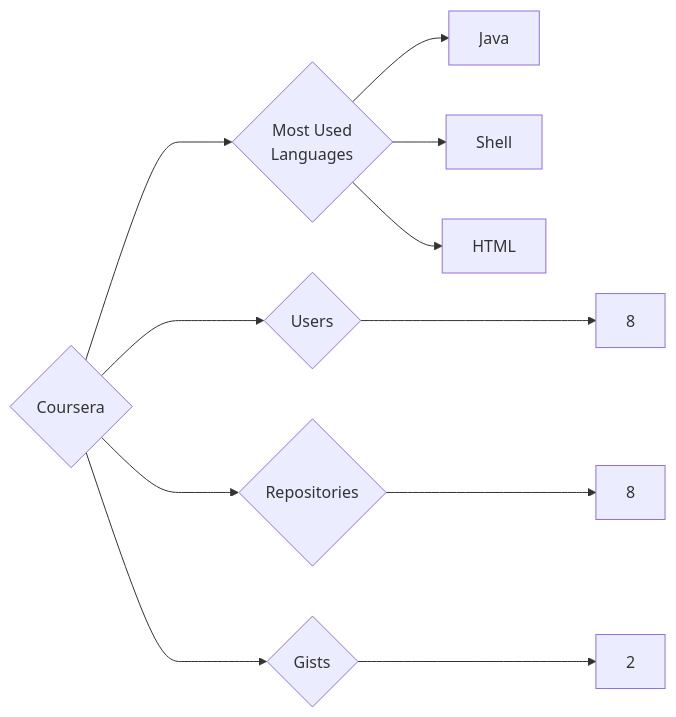
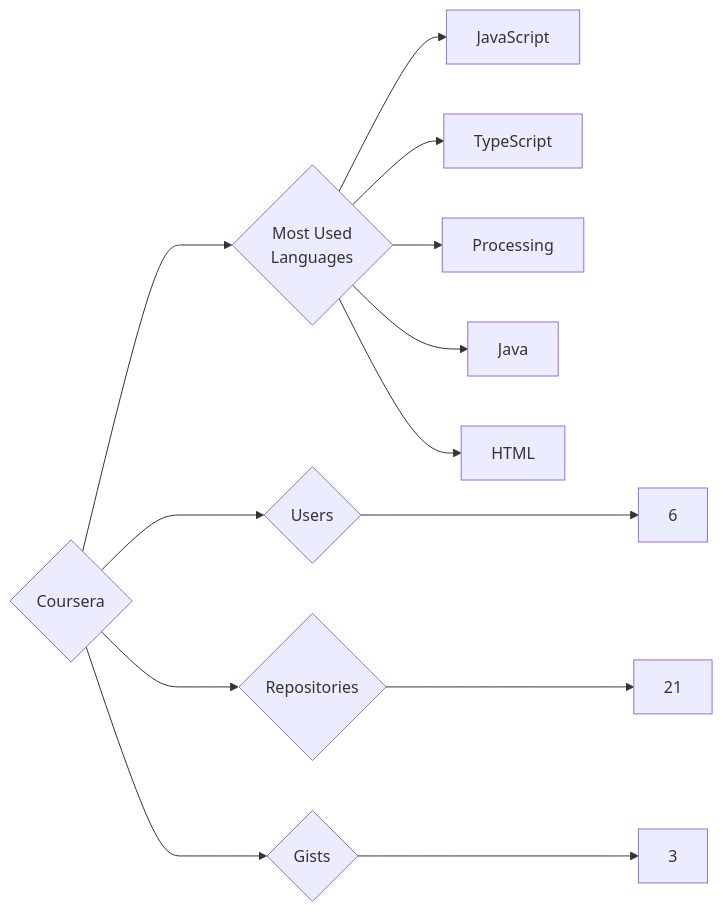
Before and after one commit to trickest/insiders: the diagram in targets/Coursera/README.md, drawn with Mermaid. The commit also changed 1148 other files, not shown here.

````diff
--- a/targets/Coursera/README.md
+++ b/targets/Coursera/README.md
@@ -3,11 +3,13 @@
 ```mermaid
 graph LR
 COMPANY_NAME{Coursera}
-COMPANY_NAME ---> U{Users} ---> UN[8]
-COMPANY_NAME ---> R{Repositories} ---> RN[8]
-COMPANY_NAME ---> G{Gists} ---> GN[2]
+COMPANY_NAME ---> U{Users} ---> UN[6]
+COMPANY_NAME ---> R{Repositories} ---> RN[21]
+COMPANY_NAME ---> G{Gists} ---> GN[3]
 COMPANY_NAME ---> ML{Most Used<br>Languages}
+ML --> JavaScript[JavaScript]
+ML --> TypeScript[TypeScript]
+ML --> Processing[Processing]
 ML --> Java[Java]
-ML --> Shell[Shell]
 ML --> HTML[HTML]
 ```
````
